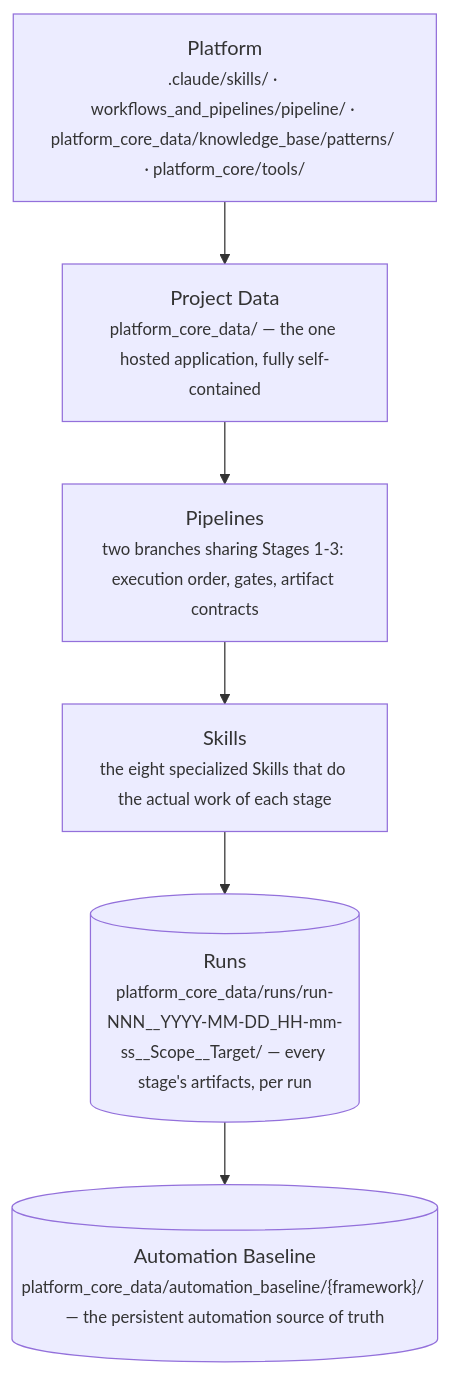
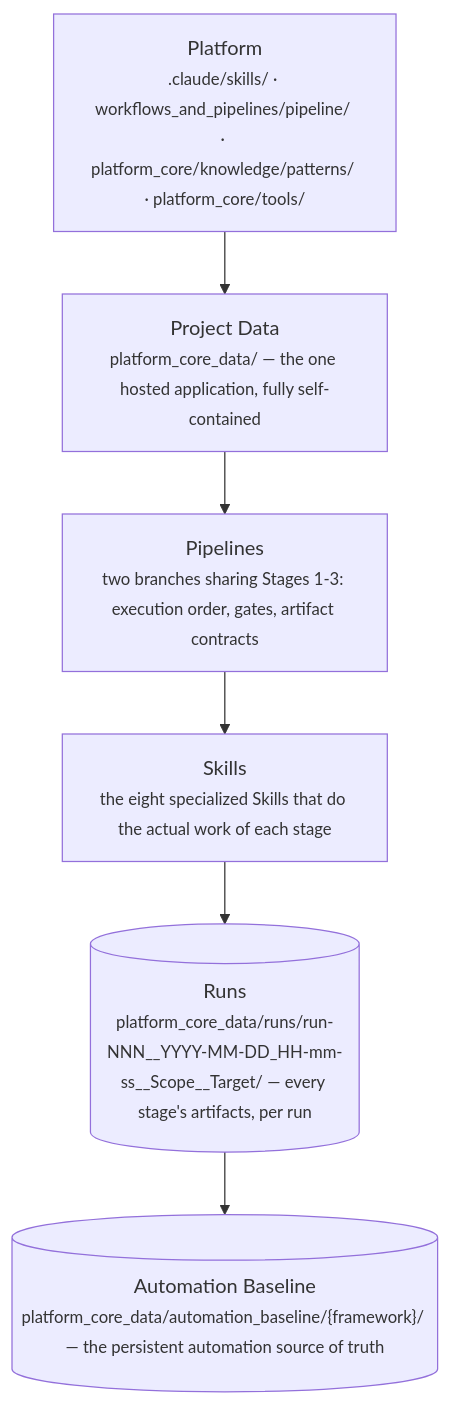
The second of 10 diagrams in README.md (HusseinAtaHussein1/AISeatMap), drawn with Mermaid before and after one commit. The commit also changed other lines of this file and 33 other files, not shown here.

First line of the commit message:
refactor(knowledge): relocate reusable Platform Knowledge into platform_core/

````diff
--- a/README.md
+++ b/README.md
@@ -250,11 +250,11 @@
 ```mermaid
 flowchart TD
-    PLAT["Platform<br/><small>.claude/skills/ · workflows_and_pipelines/pipeline/ · platform_core_data/knowledge_base/patterns/ · platform_core/tools/</small>"]
+    PLAT["Platform<br/><small>.claude/skills/ · workflows_and_pipelines/pipeline/ · platform_core/knowledge/patterns/ · platform_core/tools/</small>"]
     PROJ["Project Data<br/><small>platform_core_data/ — the one hosted application, fully self-contained</small>"]
     PIPE["Pipelines<br/><small>two branches sharing Stages 1-3: execution order, gates, artifact contracts</small>"]
     SKILLS["Skills<br/><small>the eight specialized Skills that do the actual work of each stage</small>"]
     RUNS[("Runs<br/><small>platform_core_data/runs/run-NNN__YYYY-MM-DD_HH-mm-ss__Scope__Target/ — every stage's artifacts, per run</small>")]
     BASE[("Automation Baseline<br/><small>platform_core_data/automation_baseline/{framework}/ — the persistent automation source of truth</small>")]
 
     PLAT --> PROJ --> PIPE --> SKILLS --> RUNS --> BASE
 ```
````
